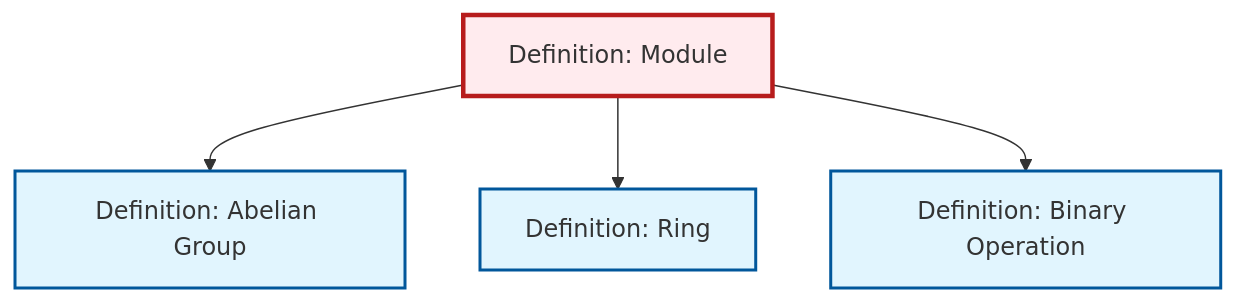
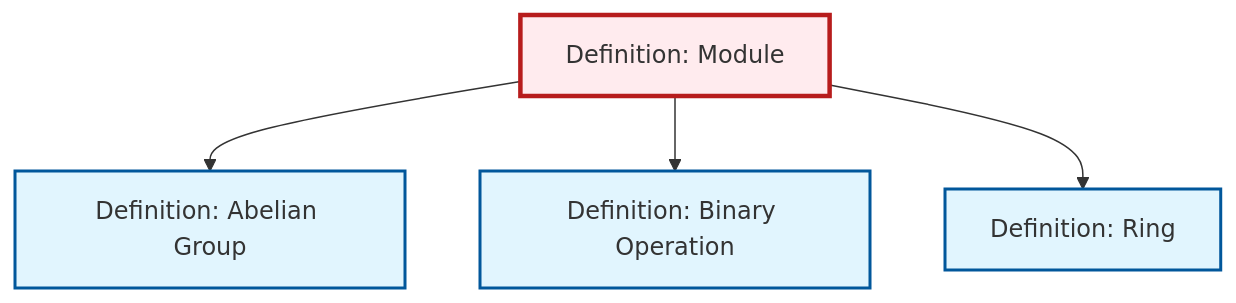
The diagram in content/en/algebra/def-module.qmd (RK0429/ModernMath), drawn with Mermaid before and after one commit. The commit also changed other lines of this file and 1069 other files, not shown here.

````diff
--- a/content/en/algebra/def-module.qmd
+++ b/content/en/algebra/def-module.qmd
@@ -55,20 +55,20 @@
 ```{mermaid}
 %%| fig-cap: "Local dependency graph"
 graph TD
     classDef definition fill:#e1f5fe,stroke:#01579b,stroke-width:2px
     classDef theorem fill:#f3e5f5,stroke:#4a148c,stroke-width:2px
     classDef axiom fill:#fff3e0,stroke:#e65100,stroke-width:2px
     classDef example fill:#e8f5e9,stroke:#1b5e20,stroke-width:2px
     classDef current fill:#ffebee,stroke:#b71c1c,stroke-width:3px
+    def-module["Definition: Module"]:::definition
     def-ring["Definition: Ring"]:::definition
+    def-binary-operation["Definition: Binary Operation"]:::definition
     def-abelian-group["Definition: Abelian Group"]:::definition
-    def-binary-operation["Definition: Binary Operation"]:::definition
-    def-module["Definition: Module"]:::definition
     def-module --> def-abelian-group
+    def-module --> def-binary-operation
     def-module --> def-ring
-    def-module --> def-binary-operation
     class def-module current
     click def-ring "def-ring.html" "Go to Ring definition"
+    click def-binary-operation "def-binary-operation.html" "Go to Binary Operation definition"
     click def-abelian-group "def-abelian-group.html" "Go to Abelian Group definition"
-    click def-binary-operation "def-binary-operation.html" "Go to Binary Operation definition"
 ```
````
